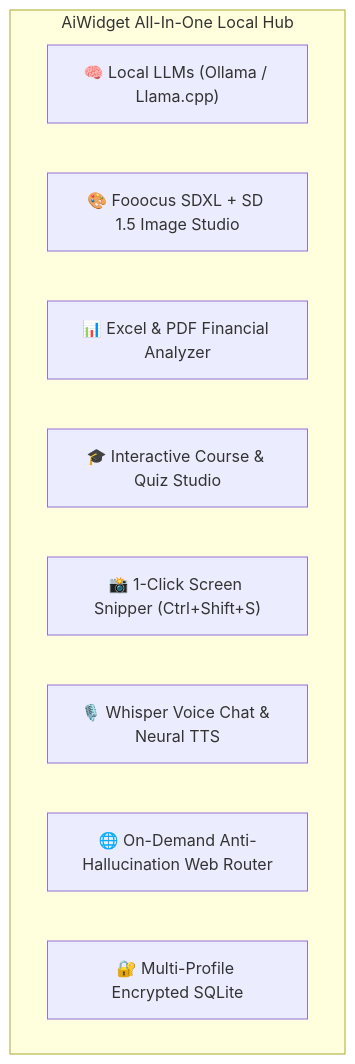
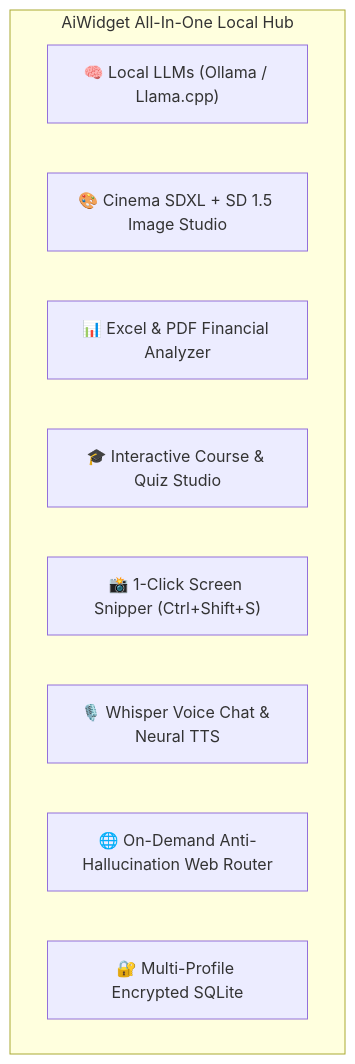
One commit to ShaDevPro/AiWidget changed the second of 2 diagrams in README.md. Above: the diagram before and after it, drawn with Mermaid. The commit also changed other lines of this file and 7 other files, not shown here.

````diff
--- a/README.md
+++ b/README.md
@@ -95,13 +95,13 @@
 ```mermaid
 flowchart TD
     subgraph Core ["AiWidget All-In-One Local Hub"]
         LLM["🧠 Local LLMs (Ollama / Llama.cpp)"]
-        SD["🎨 Fooocus SDXL + SD 1.5 Image Studio"]
+        SD["🎨 Cinema SDXL + SD 1.5 Image Studio"]
         RAG["📊 Excel & PDF Financial Analyzer"]
         CRS["🎓 Interactive Course & Quiz Studio"]
         SNP["📸 1-Click Screen Snipper (Ctrl+Shift+S)"]
         VCE["🎙️ Whisper Voice Chat & Neural TTS"]
         WEB["🌐 On-Demand Anti-Hallucination Web Router"]
         SEC["🔐 Multi-Profile Encrypted SQLite"]
     end
 ```
````
